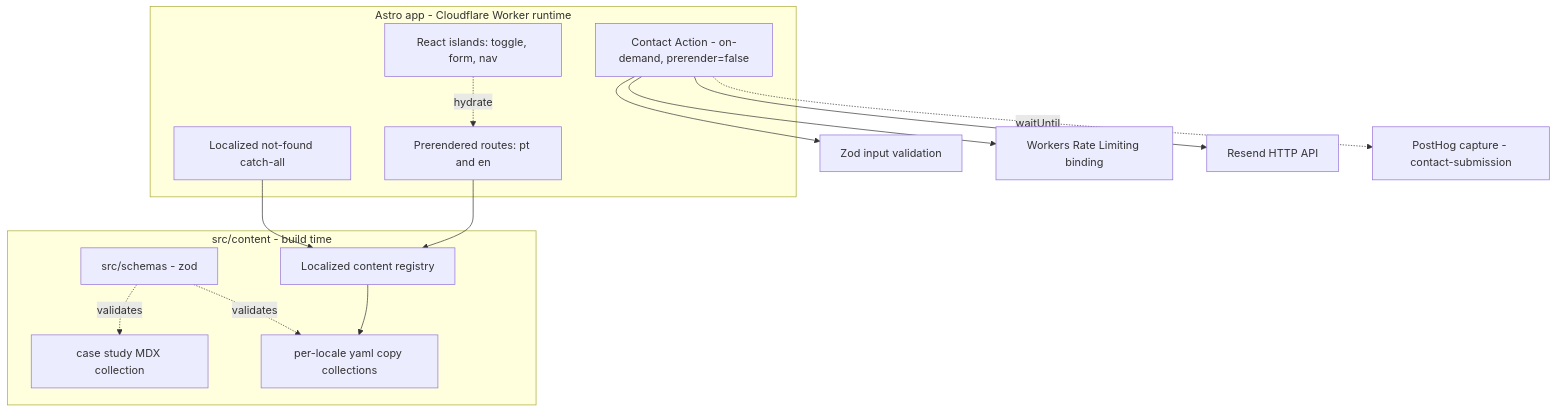
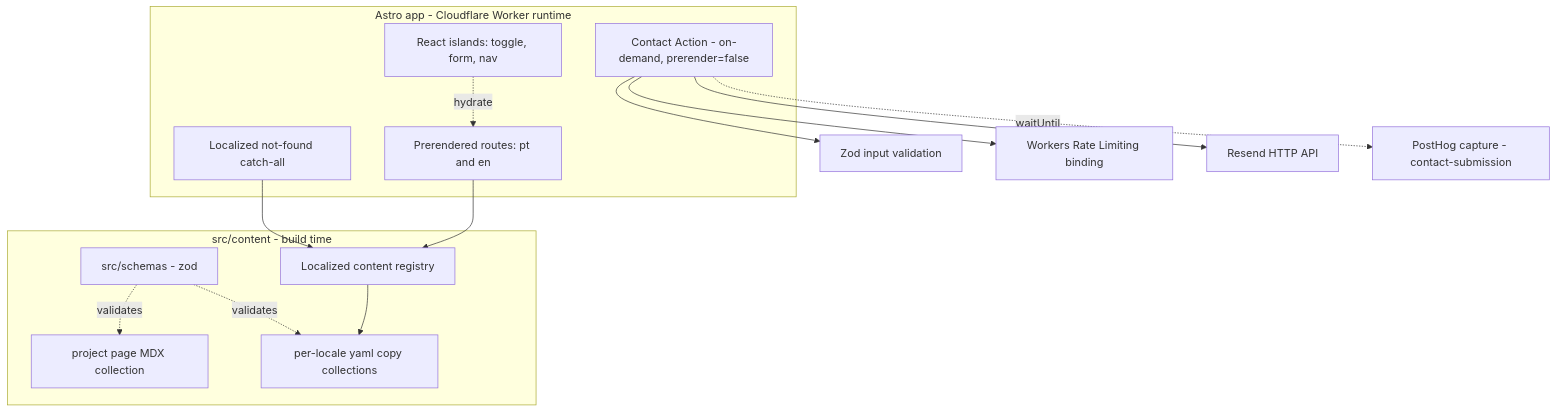
Before and after one commit to adeonir/adeonir.dev: the first of 3 diagrams in docs/tech/design-doc.md, drawn with Mermaid. The commit also changed other lines of this file and 2 other files, not shown here.

Commit message:
docs: record project content and image layout

````diff
--- a/docs/tech/design-doc.md
+++ b/docs/tech/design-doc.md
@@ -53,25 +53,25 @@
 ```mermaid
 flowchart TD
   subgraph App[Astro app - Cloudflare Worker runtime]
     Pages[Prerendered routes: pt and en]
     NotFound[Localized not-found catch-all]
     Action[Contact Action - on-demand, prerender=false]
     Islands[React islands: toggle, form, nav]
   end
   subgraph Content[src/content - build time]
-    MDX[case study MDX collection]
+    MDX[project page MDX collection]
     Copy[per-locale yaml copy collections]
     Registry[Localized content registry]
     Schemas[src/schemas - zod]
   end
   Pages --> Registry
   NotFound --> Registry
   Registry --> Copy
   Schemas -. validates .-> MDX
   Schemas -. validates .-> Copy
   Islands -. hydrate .-> Pages
   Action --> Zod[Zod input validation]
   Action --> RL[Workers Rate Limiting binding]
   Action --> Resend[Resend HTTP API]
   Action -. waitUntil .-> PostHog[PostHog capture - contact-submission]
 ```
````
